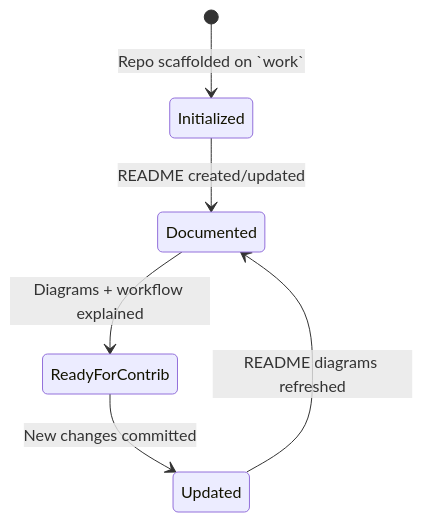
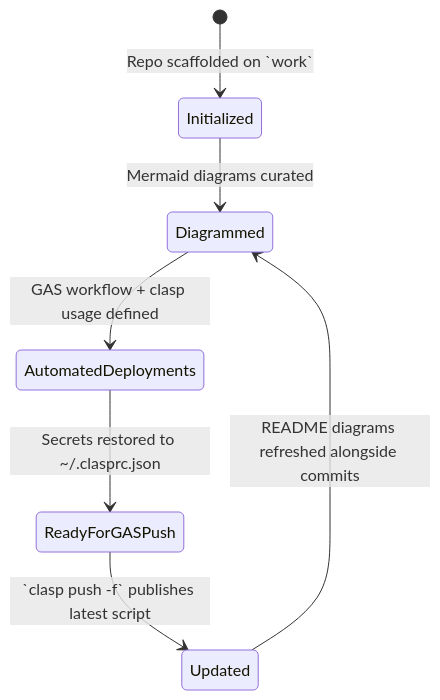
One commit to muyueh/test-clasp changed the second of 5 diagrams in README.md. Above: the diagram before and after it, drawn with Mermaid. The commit also changed other lines of this file and 1 other file, not shown here.

Commit message:
Automate GAS deploys via GitHub Actions

````diff
--- a/README.md
+++ b/README.md
@@ -12,8 +16,9 @@
 ```mermaid
 stateDiagram-v2
     [*] --> Initialized: Repo scaffolded on `work`
-    Initialized --> Documented: README created/updated
-    Documented --> ReadyForContrib: Diagrams + workflow explained
-    ReadyForContrib --> Updated: New changes committed
-    Updated --> Documented: README diagrams refreshed
+    Initialized --> Diagrammed: Mermaid diagrams curated
+    Diagrammed --> AutomatedDeployments: GAS workflow + clasp usage defined
+    AutomatedDeployments --> ReadyForGASPush: Secrets restored to ~/.clasprc.json
+    ReadyForGASPush --> Updated: `clasp push -f` publishes latest script
+    Updated --> Diagrammed: README diagrams refreshed alongside commits
 ```
````
